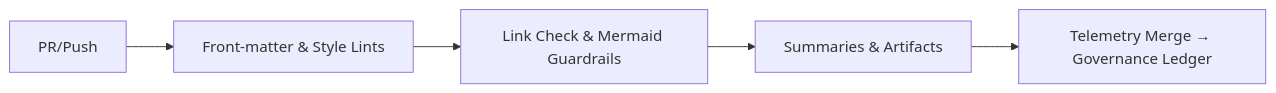
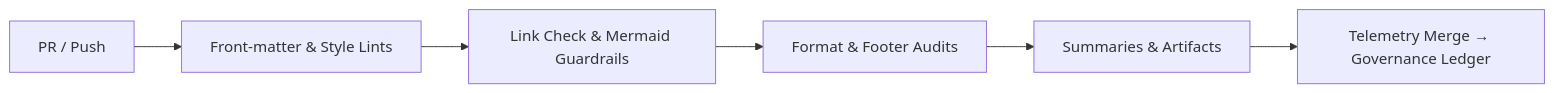
The diagram in docs/workflows/docs-lint.yml.md (bartytime4life/Kansas-Frontier-Matrix), drawn with Mermaid before and after one commit. The commit also changed other lines of this file, not shown here.

````diff
--- a/docs/workflows/docs-lint.yml.md
+++ b/docs/workflows/docs-lint.yml.md
@@ -241,7 +316,8 @@
-```mermaid
+~~~mermaid
 flowchart LR
-  A["PR/Push"] --> B["Front-matter & Style Lints"]
-  B --> C["Link Check & Mermaid Guardrails"]
-  C --> D["Summaries & Artifacts"]
-  D --> E["Telemetry Merge → Governance Ledger"]
-```
+    A["PR / Push"] --> B["Front-matter & Style Lints"]
+    B --> C["Link Check & Mermaid Guardrails"]
+    C --> D["Format & Footer Audits"]
+    D --> E["Summaries & Artifacts"]
+    E --> F["Telemetry Merge → Governance Ledger"]
+~~~
````
